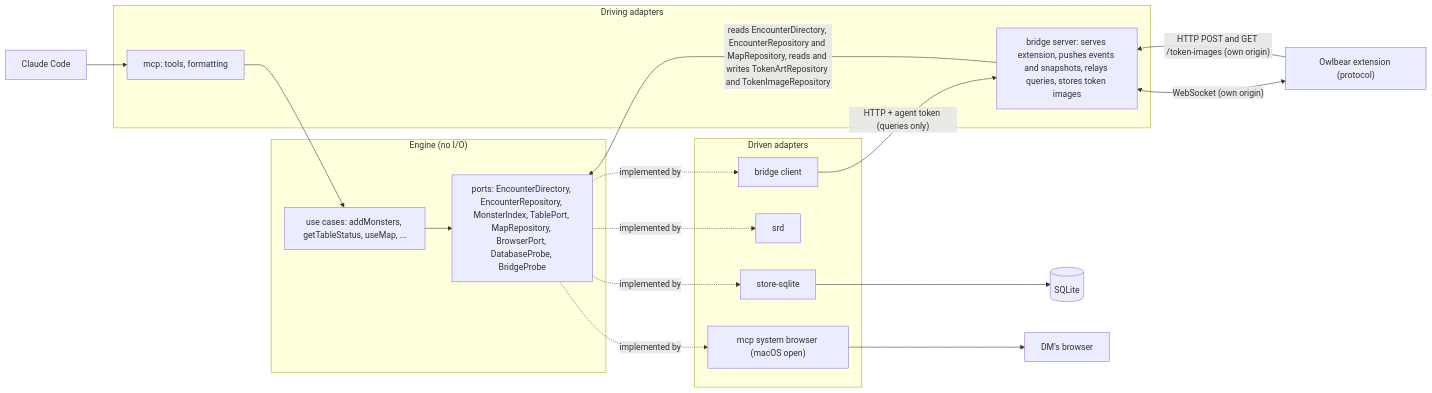
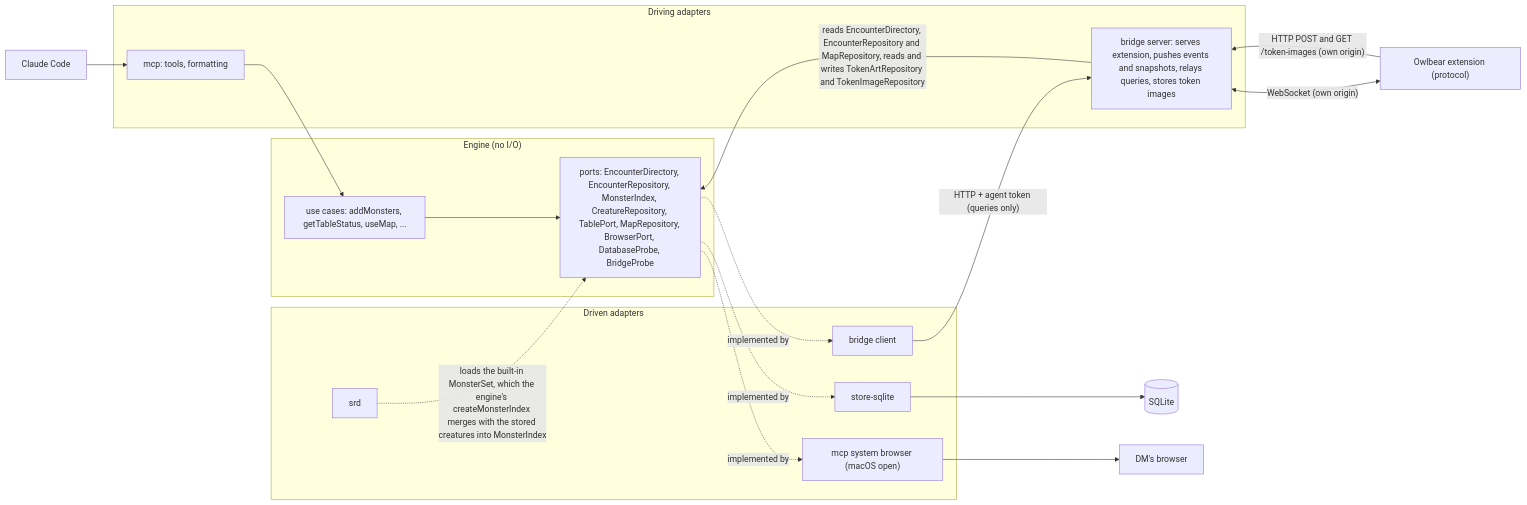
Before and after one commit to askrzypczak/ttrpg-agents: the first of 2 diagrams in docs/architecture.md, drawn with Mermaid. The commit also changed other lines of this file and 112 other files, not shown here.

````diff
--- a/docs/architecture.md
+++ b/docs/architecture.md
@@ -9,30 +9,30 @@
 ```mermaid
 flowchart LR
   claude["Claude Code"] --> mcp
   subgraph driving["Driving adapters"]
     mcp["mcp: tools, formatting"]
     bsrv["bridge server: serves extension, pushes events and snapshots, relays queries, stores token images"]
   end
   subgraph core["Engine (no I/O)"]
     uc["use cases: addMonsters, getTableStatus, useMap, ..."]
-    ports["ports: EncounterDirectory, EncounterRepository, MonsterIndex, TablePort, MapRepository, BrowserPort, DatabaseProbe, BridgeProbe"]
+    ports["ports: EncounterDirectory, EncounterRepository, MonsterIndex, CreatureRepository, TablePort, MapRepository, BrowserPort, DatabaseProbe, BridgeProbe"]
   end
   subgraph driven["Driven adapters"]
     store["store-sqlite"]
     srd["srd"]
     bclient["bridge client"]
     sysbrowser["mcp system browser (macOS open)"]
   end
   mcp --> uc
   bsrv -->|"reads EncounterDirectory, EncounterRepository and MapRepository, reads and writes TokenArtRepository and TokenImageRepository"| ports
   uc --> ports
   ports -.implemented by.-> store
-  ports -.implemented by.-> srd
+  srd -.->|"loads the built-in MonsterSet, which the engine's createMonsterIndex merges with the stored creatures into MonsterIndex"| ports
   ports -.implemented by.-> bclient
   ports -.implemented by.-> sysbrowser
   store --> db[("SQLite")]
   bclient -->|"HTTP + agent token (queries only)"| bsrv
   sysbrowser --> browser["DM's browser"]
   bsrv <-->|"WebSocket (own origin)"| ext["Owlbear extension (protocol)"]
   ext -->|"HTTP POST and GET /token-images (own origin)"| bsrv
 ```
````
